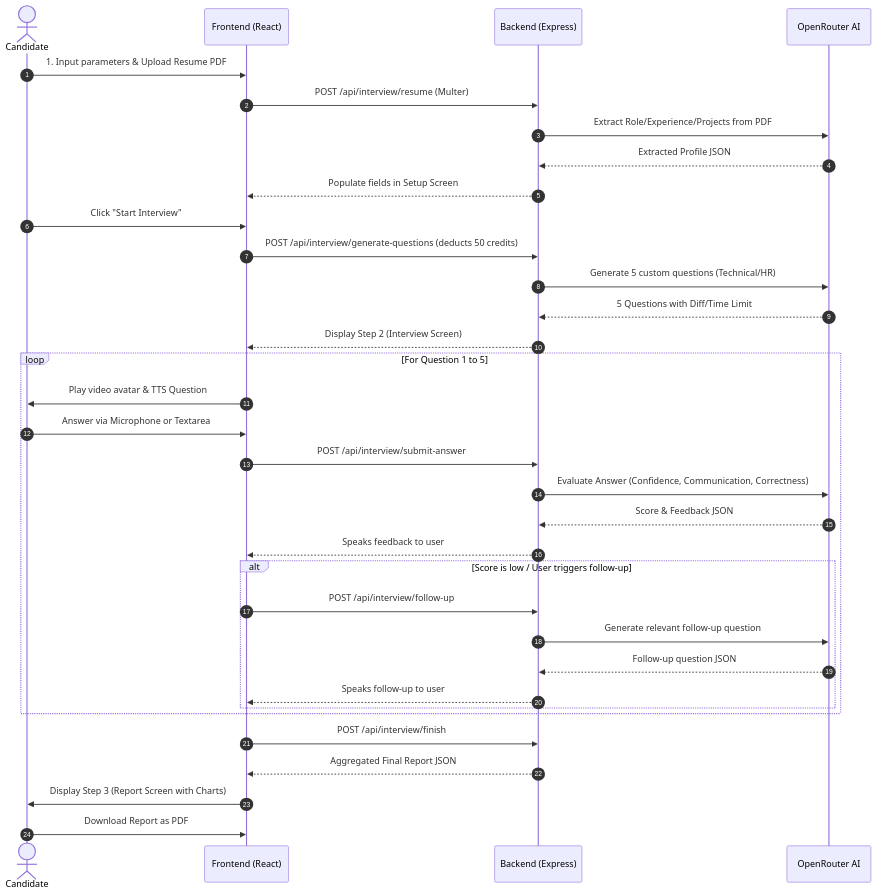
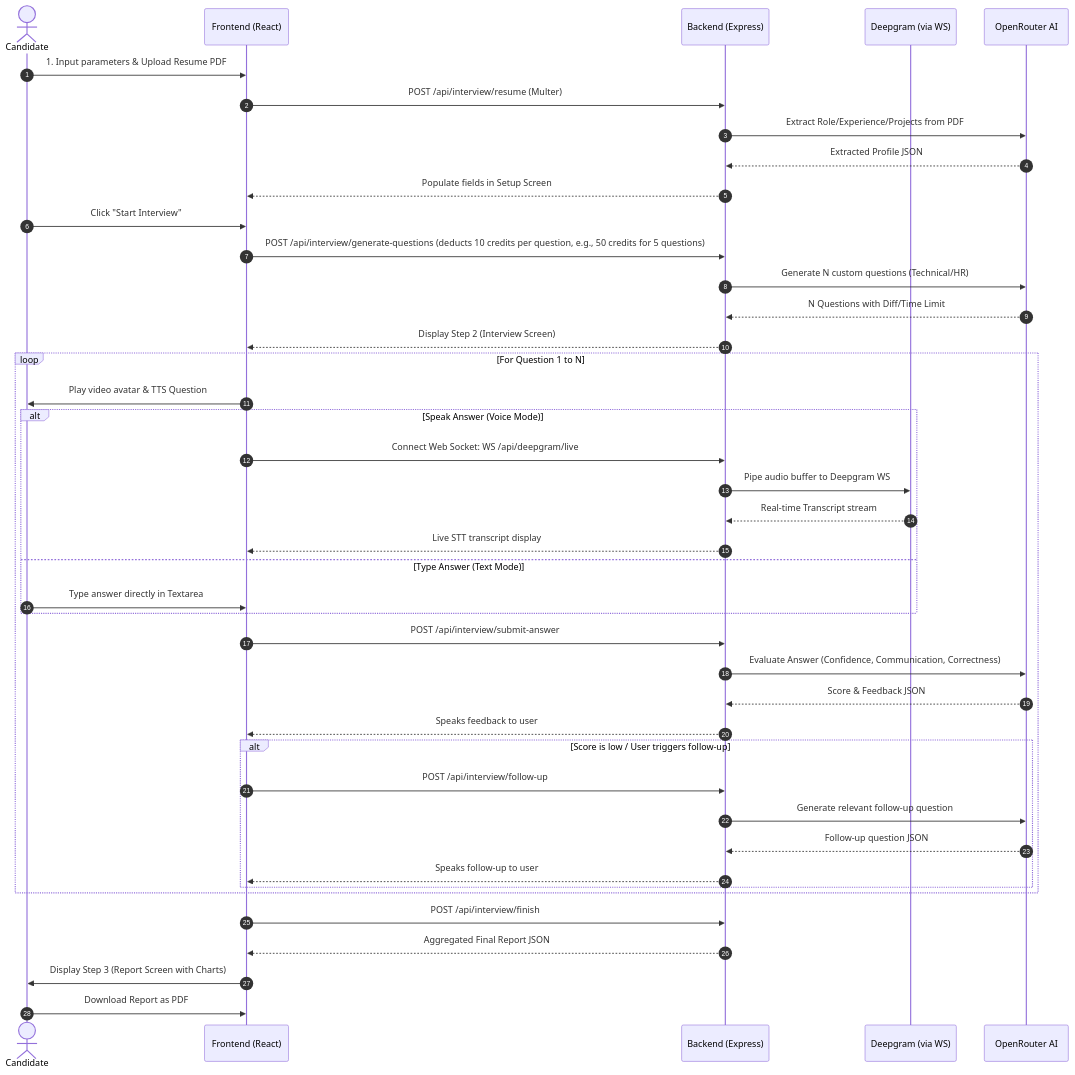
Before and after one commit to aarnav24/ai_mock_interview: the second of 2 diagrams in README.md, drawn with Mermaid. The commit also changed other lines of this file, not shown here.

Commit message:
docs: update sequence diagram and credit logic for dynamic question counts and voice-to-text functionality

````diff
--- a/README.md
+++ b/README.md
@@ -156,37 +156,45 @@
 ```mermaid
 sequenceDiagram
     autonumber
     actor User as Candidate
     participant FE as Frontend (React)
     participant BE as Backend (Express)
+    participant DG as Deepgram (via WS)
     participant AI as OpenRouter AI
 
     User->>FE: 1. Input parameters & Upload Resume PDF
     FE->>BE: POST /api/interview/resume (Multer)
     BE->>AI: Extract Role/Experience/Projects from PDF
     AI-->>BE: Extracted Profile JSON
     BE-->>FE: Populate fields in Setup Screen
     User->>FE: Click "Start Interview"
-    FE->>BE: POST /api/interview/generate-questions (deducts 50 credits)
-    BE->>AI: Generate 5 custom questions (Technical/HR)
-    AI-->>BE: 5 Questions with Diff/Time Limit
+    FE->>BE: POST /api/interview/generate-questions (deducts 10 credits per question, e.g., 50 credits for 5 questions)
+    BE->>AI: Generate N custom questions (Technical/HR)
+    AI-->>BE: N Questions with Diff/Time Limit
     BE-->>FE: Display Step 2 (Interview Screen)
-    loop For Question 1 to 5
+    loop For Question 1 to N
         FE->>User: Play video avatar & TTS Question
-        User->>FE: Answer via Microphone or Textarea
+        alt Speak Answer (Voice Mode)
+            FE->>BE: Connect Web Socket: WS /api/deepgram/live
+            BE->>DG: Pipe audio buffer to Deepgram WS
+            DG-->>BE: Real-time Transcript stream
+            BE-->>FE: Live STT transcript display
+        else Type Answer (Text Mode)
+            User->>FE: Type answer directly in Textarea
+        end
         FE->>BE: POST /api/interview/submit-answer
         BE->>AI: Evaluate Answer (Confidence, Communication, Correctness)
         AI-->>BE: Score & Feedback JSON
         BE-->>FE: Speaks feedback to user
         alt Score is low / User triggers follow-up
             FE->>BE: POST /api/interview/follow-up
             BE->>AI: Generate relevant follow-up question
             AI-->>BE: Follow-up question JSON
             BE-->>FE: Speaks follow-up to user
         end
     end
     FE->>BE: POST /api/interview/finish
     BE-->>FE: Aggregated Final Report JSON
     FE->>User: Display Step 3 (Report Screen with Charts)
     User->>FE: Download Report as PDF
 ```
````
